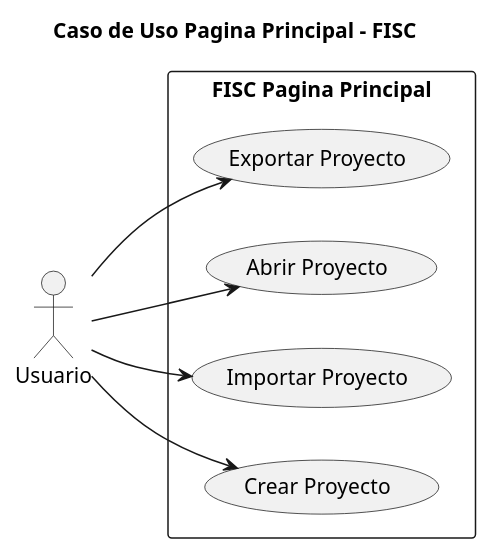
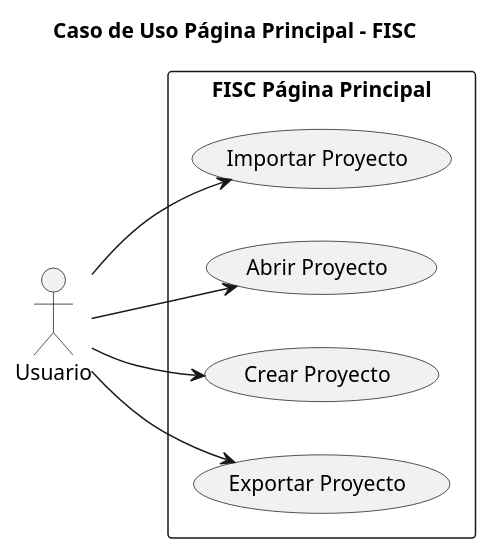
Before and after one commit to mmasias/23-24-IdSw1-SDR: the diagram in casosDeUso/casoUsoPaginaPrincipal.puml, drawn with PlantUML. The commit also changed 1 other file, not shown here.

Commit message:
correccion caso uso pagina principal

```diff
--- a/casosDeUso/casoUsoPaginaPrincipal.puml
+++ b/casosDeUso/casoUsoPaginaPrincipal.puml
@@ -1,21 +1,22 @@
 @startuml
 
-title Caso de Uso Pagina Principal - FISC
+title Caso de Uso Página Principal - FISC
 
 left to right direction
 
 actor Usuario as user
 
-rectangle "FISC Pagina Principal" {
+rectangle "FISC Página Principal" {
+    
+    usecase "Importar Proyecto" as importar
+    usecase "Abrir Proyecto" as abrir
+    usecase "Crear Proyecto" as nuevo
     usecase "Exportar Proyecto" as exportar
-    usecase "Abrir Proyecto" as abrir
-    usecase "Importar Proyecto" as importar
-    usecase "Crear Proyecto" as nuevo
 }
 
+user --> importar : ""
+user --> abrir : ""
+user --> nuevo : ""
 user --> exportar : ""
-user --> abrir : ""
-user --> importar : ""
-user --> nuevo : ""
 
 @enduml
```
